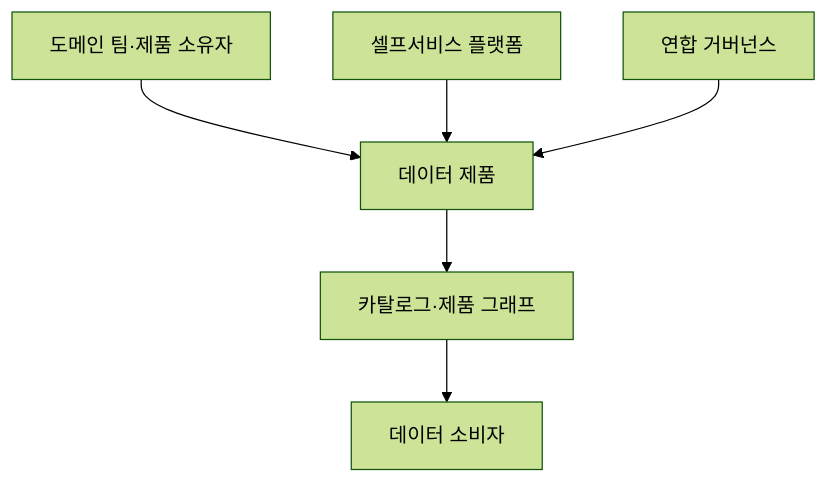
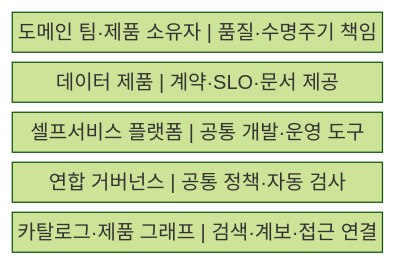
The first of 2 diagrams in src/content/docs/notes/03-software/131_data_mesh.md (agnusdei1207/knowledge-base), drawn with Mermaid (forest theme) before and after one commit. The commit also changed other lines of this file and 20 other files, not shown here.

````diff
--- a/src/content/docs/notes/03-software/131_data_mesh.md
+++ b/src/content/docs/notes/03-software/131_data_mesh.md
@@ -61,8 +57,9 @@
 ```mermaid
-flowchart TB
-    D[도메인 팀·제품 소유자] --> P[데이터 제품]
-    S[셀프서비스 플랫폼] --> P
-    G[연합 거버넌스] --> P
-    P --> C[카탈로그·제품 그래프]
-    C --> U[데이터 소비자]
+block
+    columns 1
+    A["도메인 팀·제품 소유자 | 품질·수명주기 책임"]
+    B["데이터 제품 | 계약·SLO·문서 제공"]
+    C["셀프서비스 플랫폼 | 공통 개발·운영 도구"]
+    D["연합 거버넌스 | 공통 정책·자동 검사"]
+    E["카탈로그·제품 그래프 | 검색·계보·접근 연결"]
 ```
````
